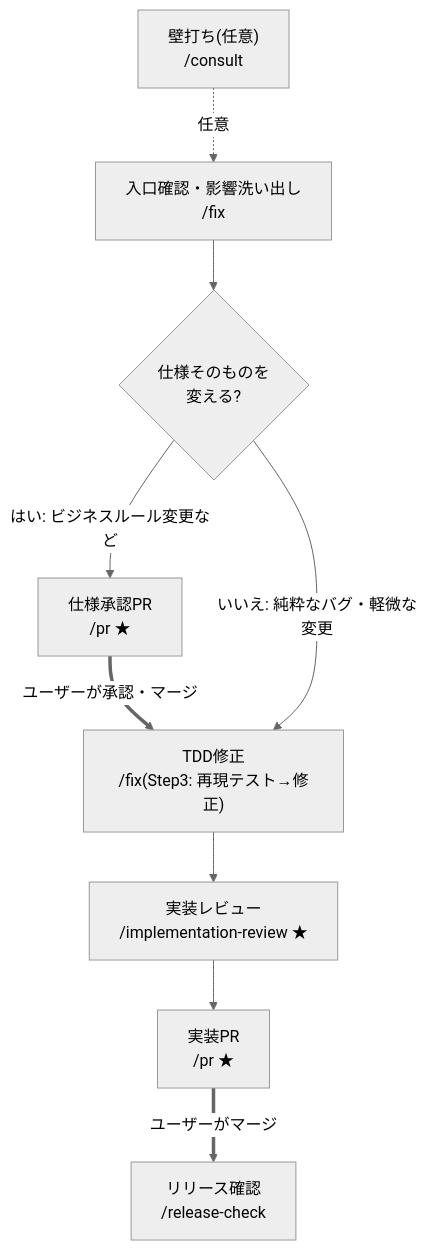
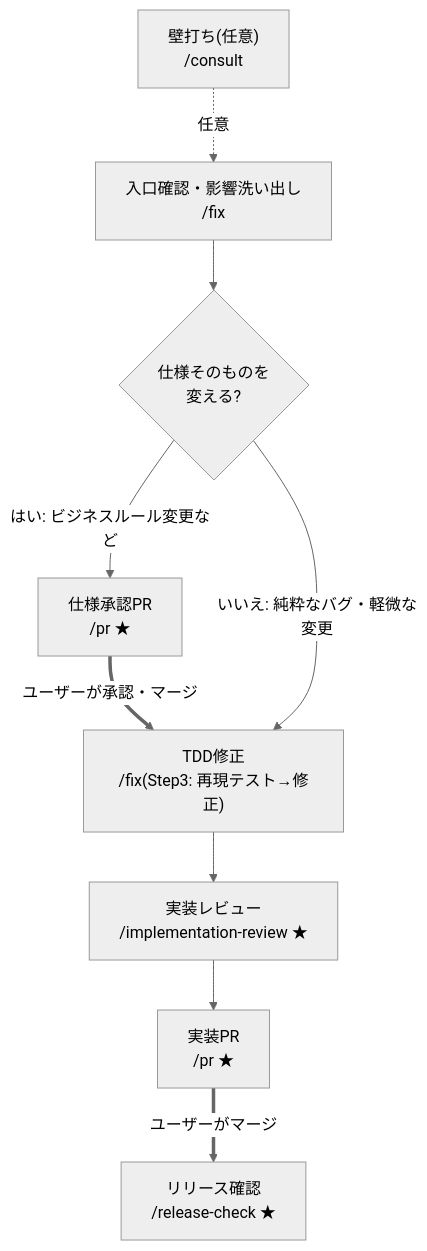
Before and after one commit to zakiyama0108/benriyatool: the second of 3 diagrams in docs/adr/0002-skill-agent-separation.md, drawn with Mermaid (neutral theme). The commit also changed other lines of this file and 5 other files, not shown here.

````diff
--- a/docs/adr/0002-skill-agent-separation.md
+++ b/docs/adr/0002-skill-agent-separation.md
@@ -78,20 +78,20 @@
 ```mermaid
 flowchart TD
     consult2["壁打ち(任意)<br>/consult"]
     fix["入口確認・影響洗い出し<br>/fix"]
     branch{"仕様そのものを<br>変える?"}
     prspec2["仕様承認PR<br>/pr ★"]
     tdd["TDD修正<br>/fix(Step3: 再現テスト→修正)"]
     implreview2["実装レビュー<br>/implementation-review ★"]
     primpl2["実装PR<br>/pr ★"]
-    release2["リリース確認<br>/release-check"]
+    release2["リリース確認<br>/release-check ★"]
 
     consult2 -.任意.-> fix
     fix --> branch
     branch -->|はい: ビジネスルール変更など| prspec2
     prspec2 ==>|ユーザーが承認・マージ| tdd
     branch -->|いいえ: 純粋なバグ・軽微な変更| tdd
     tdd --> implreview2
     implreview2 --> primpl2
     primpl2 ==>|ユーザーがマージ| release2
 ```
````
